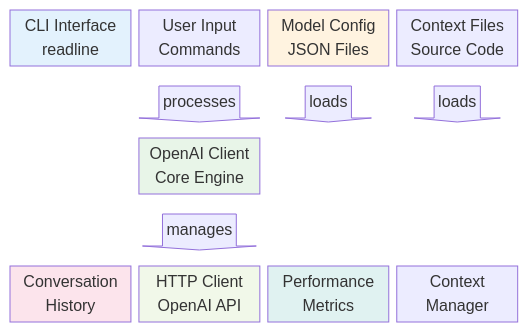
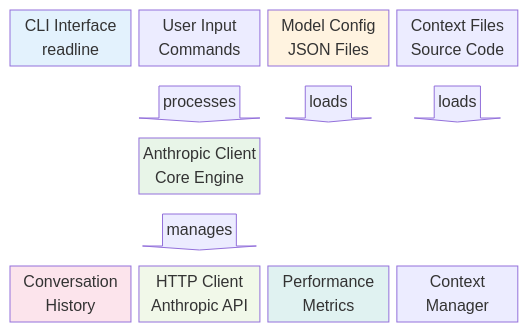
The first of 18 diagrams in client/README.md (gherlein/client-w-mcp), drawn with Mermaid before and after one commit. The commit also changed other lines of this file and 2 other files, not shown here.

````diff
--- a/client/README.md
+++ b/client/README.md
@@ -86,21 +86,21 @@
 ```mermaid
 block-beta
   columns 4
   
   CLI["CLI Interface<br/>readline"] UserInput["User Input<br/>Commands"] ModelConfig["Model Config<br/>JSON Files"] ContextFiles["Context Files<br/>Source Code"]
   
   space:1 arrow1<["processes"]>(down) arrow2<["loads"]>(down) arrow3<["loads"]>(down)
   
-  space:1 OpenAIClient["OpenAI Client<br/>Core Engine"] space:1 space:1
+  space:1 AnthropicClient["Anthropic Client<br/>Core Engine"] space:1 space:1
   
   space:1 arrow4<["manages"]>(down) space:1 space:1
   
-  ConversationHistory["Conversation<br/>History"] HTTPClient["HTTP Client<br/>OpenAI API"] PerfMetrics["Performance<br/>Metrics"] ContextManager["Context<br/>Manager"]
+  ConversationHistory["Conversation<br/>History"] HTTPClient["HTTP Client<br/>Anthropic API"] PerfMetrics["Performance<br/>Metrics"] ContextManager["Context<br/>Manager"]
 
   style CLI fill:#e3f2fd
-  style OpenAIClient fill:#e8f5e8
+  style AnthropicClient fill:#e8f5e8
   style ModelConfig fill:#fff3e0
   style ConversationHistory fill:#fce4ec
   style HTTPClient fill:#f1f8e9
   style PerfMetrics fill:#e0f2f1
 ```
````
